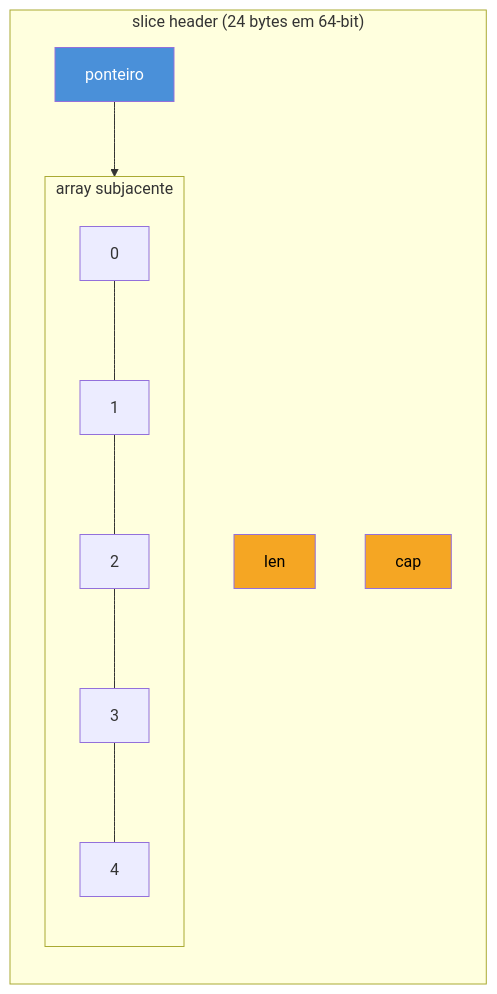
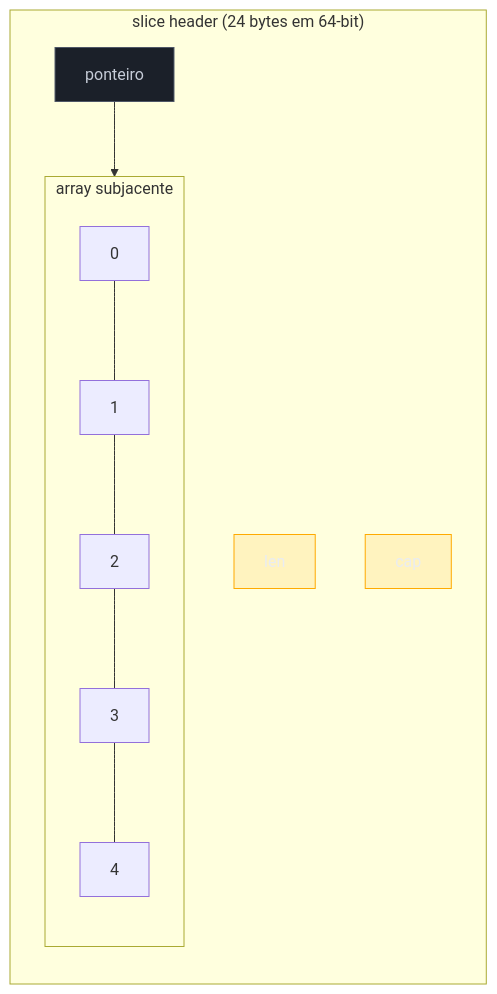
One commit to josenaldo/codex-technomanticus changed the first of 2 diagrams in 03-Dominios/Tecnologia/Go/21 - Preparação para entrevista de Go/02 - Perguntas conceituais clássicas.md. Above: the diagram before and after it, drawn with Mermaid. The commit also changed other lines of this file and 1181 other files, not shown here.

First line of the commit message:
fix(diagramas): paleta do sistema no lugar de cor cravada no markdown

````diff
--- a/03-Dominios/Tecnologia/Go/21 - Preparação para entrevista de Go/02 - Perguntas conceituais clássicas.md
+++ b/03-Dominios/Tecnologia/Go/21 - Preparação para entrevista de Go/02 - Perguntas conceituais clássicas.md
@@ -35,15 +35,17 @@
 ```mermaid
 flowchart LR
+    classDef neutro fill:#1B2029,stroke:#4E5666,color:#C6CCD8
+    classDef destaque fill:#FFAA0024,stroke:#FFAA00,color:#E9ECF2
     subgraph Slice["slice header (24 bytes em 64-bit)"]
         P["ponteiro"] --> A
         L["len"]
         C["cap"]
     end
     subgraph A["array subjacente"]
         E0["0"] --- E1["1"] --- E2["2"] --- E3["3"] --- E4["4"]
     end
 
-    style P fill:#4A90D9,color:#fff
-    style L fill:#F5A623,color:#000
-    style C fill:#F5A623,color:#000
+    class P neutro
+    class L destaque
+    class C destaque
 ```
````
